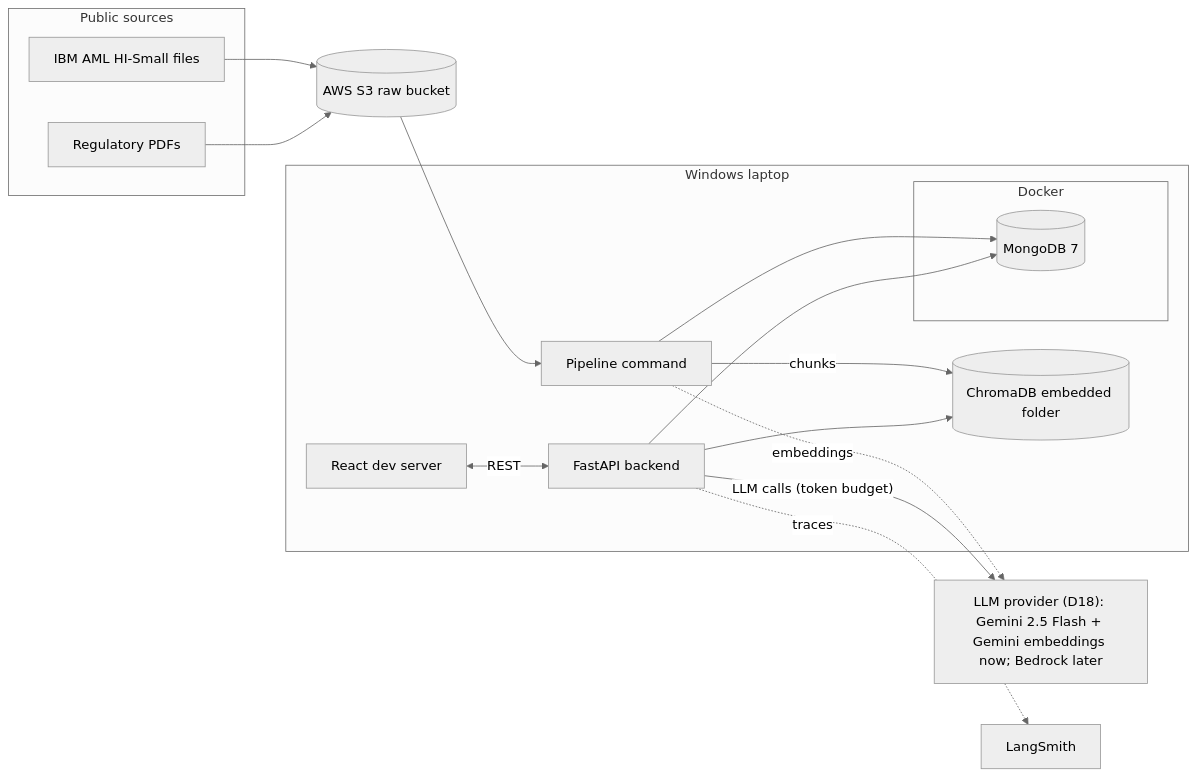
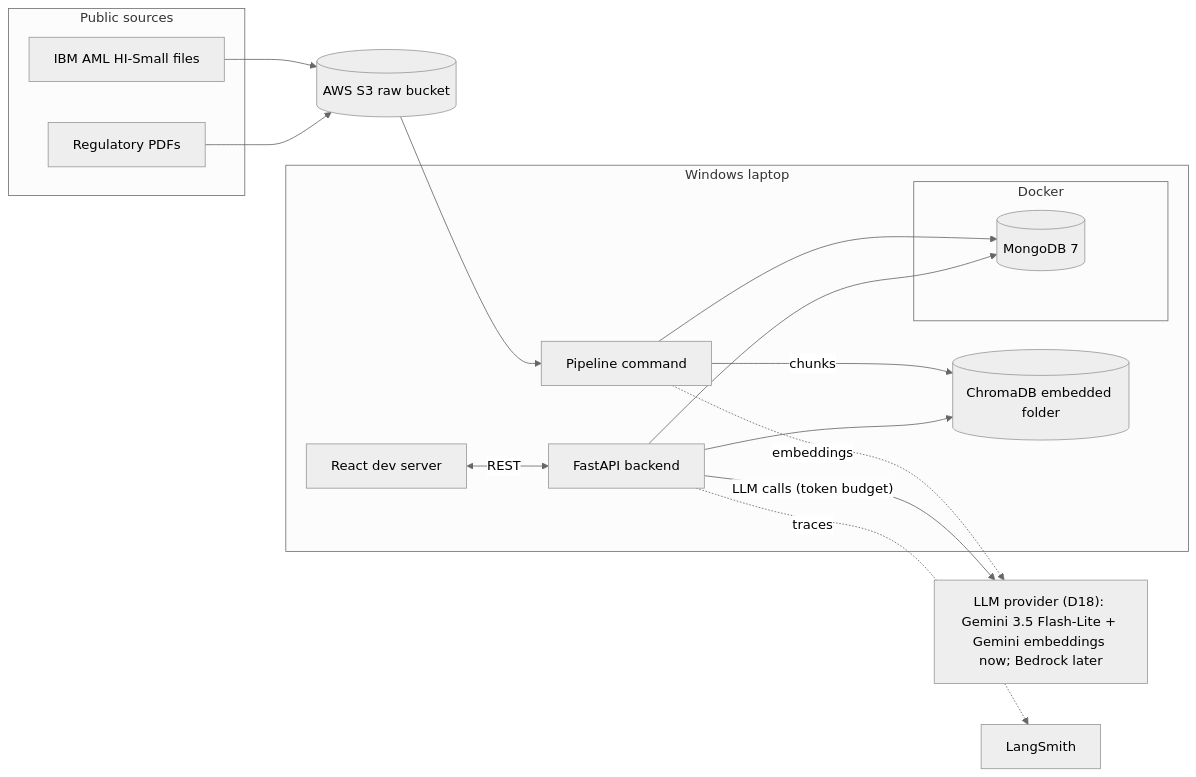
Before and after one commit to tejaswaroop282/CaseLens: the first of 2 diagrams in PROJECT_REPORT.md, drawn with Mermaid (neutral theme). The commit also changed other lines of this file and 5 other files, not shown here.

Commit message:
D18: use gemini-3.5-flash-lite (2.5 Flash closed to new users, larger Flash models overloaded); smoke test passes

````diff
--- a/PROJECT_REPORT.md
+++ b/PROJECT_REPORT.md
@@ -77,30 +77,30 @@
 ```mermaid
 flowchart LR
   subgraph SRC["Public sources"]
     A1["IBM AML HI-Small files"]
     A3["Regulatory PDFs"]
   end
   S3[("AWS S3 raw bucket")]
   A1 --> S3
   A3 --> S3
   subgraph PC["Windows laptop"]
     PIPE["Pipeline command"]
     API["FastAPI backend"]
     UI["React dev server"]
     CH[("ChromaDB embedded folder")]
     subgraph DK["Docker"]
       MDB[("MongoDB 7")]
     end
   end
-  BR["LLM provider (D18): Gemini 2.5 Flash + Gemini embeddings now; Bedrock later"]
+  BR["LLM provider (D18): Gemini 3.5 Flash-Lite + Gemini embeddings now; Bedrock later"]
   LS["LangSmith"]
   S3 --> PIPE
   PIPE --> MDB
   PIPE -->|"chunks"| CH
   PIPE -.->|"embeddings"| BR
   API --> MDB
   API --> CH
   API -->|"LLM calls (token budget)"| BR
   API -.->|"traces"| LS
   UI <-->|"REST"| API
 ```
````
